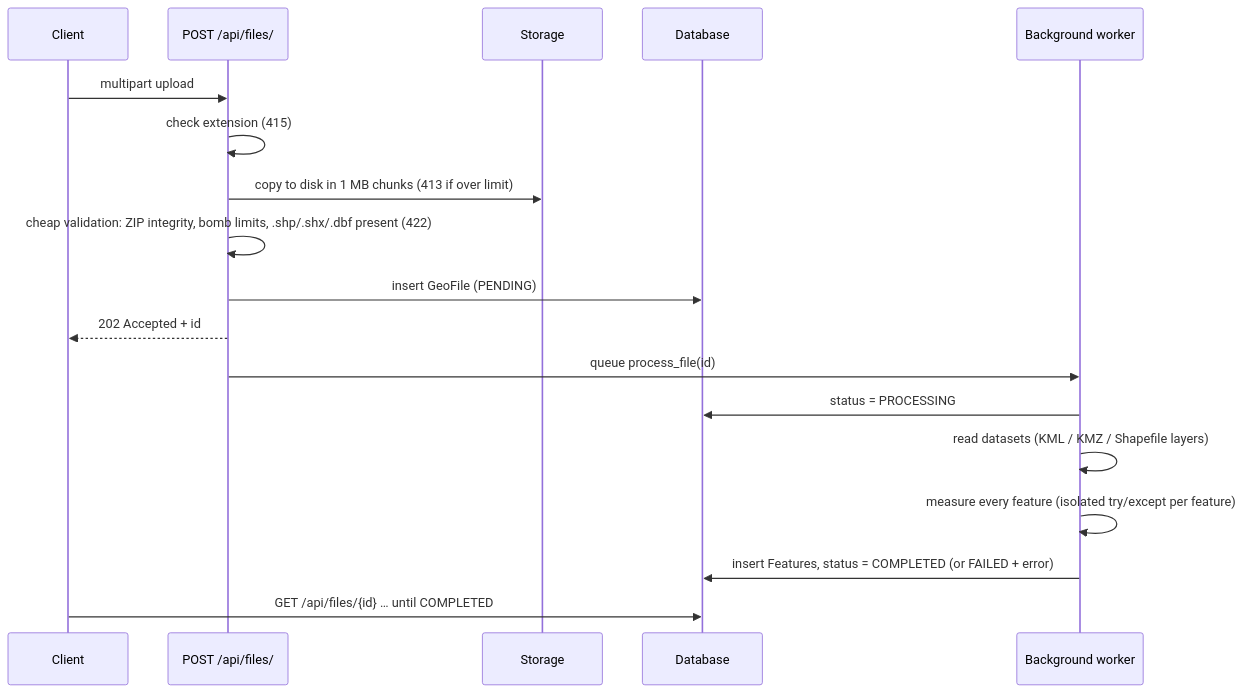
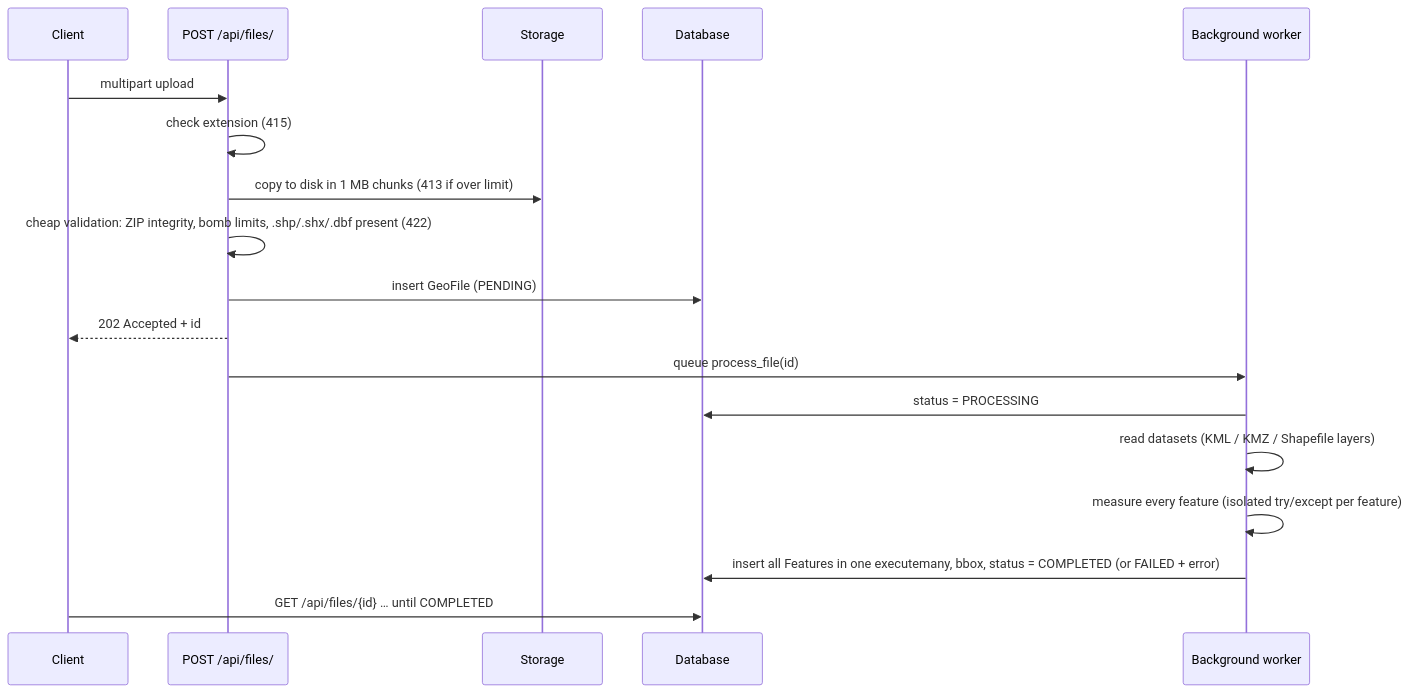
One commit to srinivas-rc0408/geospatial-measurement-api changed the first of 2 diagrams in backend/README.md. Above: the diagram before and after it, drawn with Mermaid. The commit also changed other lines of this file and 3 other files, not shown here.

````diff
--- a/backend/README.md
+++ b/backend/README.md
@@ -341,21 +379,21 @@
 ```mermaid
 sequenceDiagram
     participant C as Client
     participant API as POST /api/files/
     participant FS as Storage
     participant DB as Database
     participant W as Background worker
 
     C->>API: multipart upload
     API->>API: check extension (415)
     API->>FS: copy to disk in 1 MB chunks (413 if over limit)
     API->>API: cheap validation: ZIP integrity, bomb limits, .shp/.shx/.dbf present (422)
     API->>DB: insert GeoFile (PENDING)
     API-->>C: 202 Accepted + id
     API->>W: queue process_file(id)
     W->>DB: status = PROCESSING
     W->>W: read datasets (KML / KMZ / Shapefile layers)
     W->>W: measure every feature (isolated try/except per feature)
-    W->>DB: insert Features, status = COMPLETED (or FAILED + error)
+    W->>DB: insert all Features in one executemany, bbox, status = COMPLETED (or FAILED + error)
     C->>DB: GET /api/files/{id} … until COMPLETED
 ```
````
